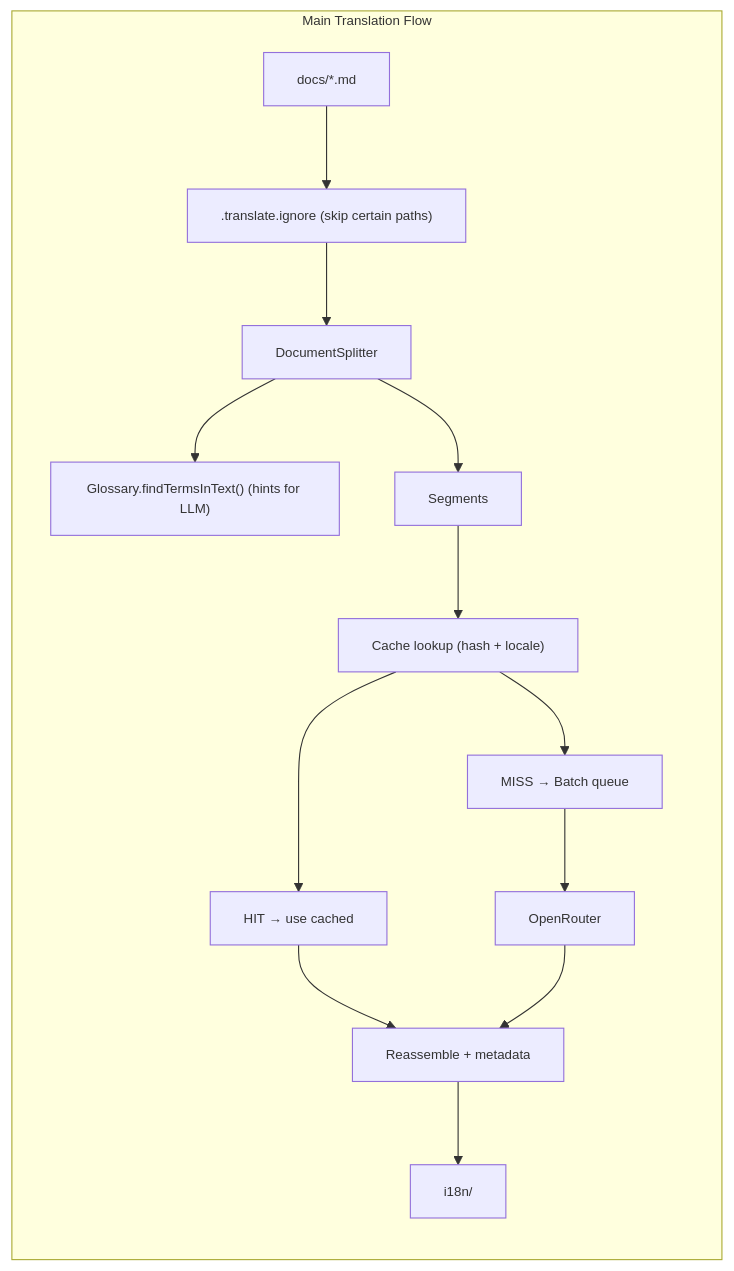
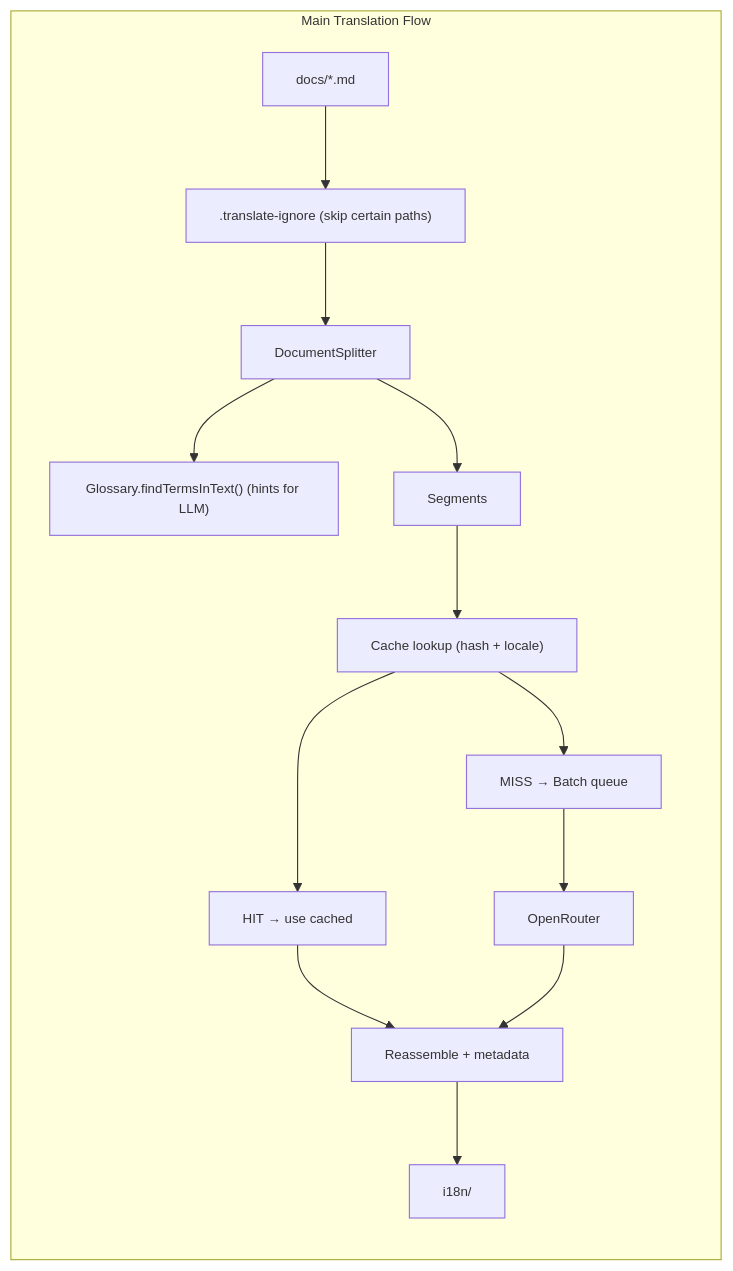
One commit to wsj-br/duplistatus changed the diagram in dev/TRANSLATION_SCRIPT_DESCRIPTION.md. Above: the diagram before and after it, drawn with Mermaid. The commit also changed other lines of this file and 239 other files, not shown here.

````diff
--- a/dev/TRANSLATION_SCRIPT_DESCRIPTION.md
+++ b/dev/TRANSLATION_SCRIPT_DESCRIPTION.md
@@ -46,30 +46,30 @@
 ```mermaid
 %%{init: {'themeVariables': {'fontSize': '12px'}}}%%
 flowchart TB
     subgraph Main["Main Translation Flow"]
         direction TB
         docs["docs/*.md"]
-        ignore[".translate.ignore (skip certain paths)"]
+        ignore[".translate-ignore (skip certain paths)"]
         splitter["DocumentSplitter"]
         glossary["Glossary.findTermsInText() (hints for LLM)"]
         segments["Segments"]
         cache["Cache lookup (hash + locale)"]
         hit["HIT → use cached"]
         miss["MISS → Batch queue"]
         api["OpenRouter"]
         reassemble["Reassemble + metadata"]
         i18n["i18n/"]
 
         docs --> ignore
         ignore --> splitter
         splitter --> glossary
         splitter --> segments
         segments --> cache
         cache --> hit
         cache --> miss
         miss --> api
         hit --> reassemble
         api --> reassemble
         reassemble --> i18n
     end
 ```
````
